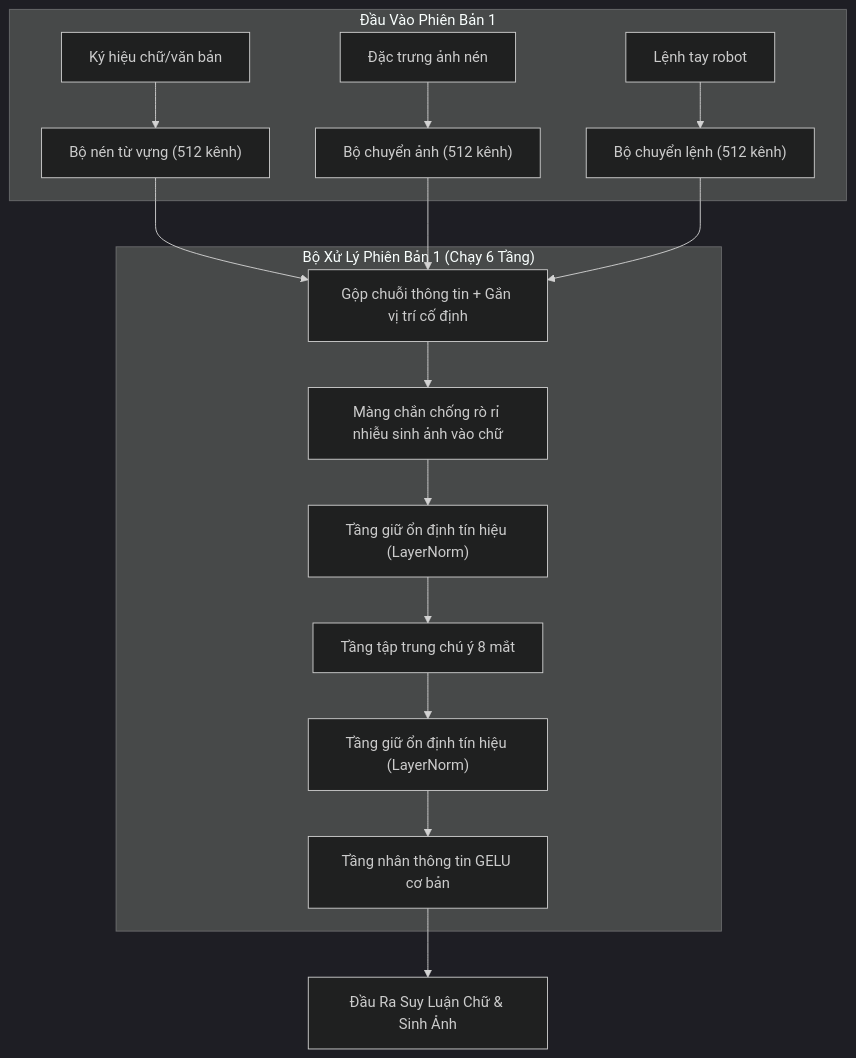
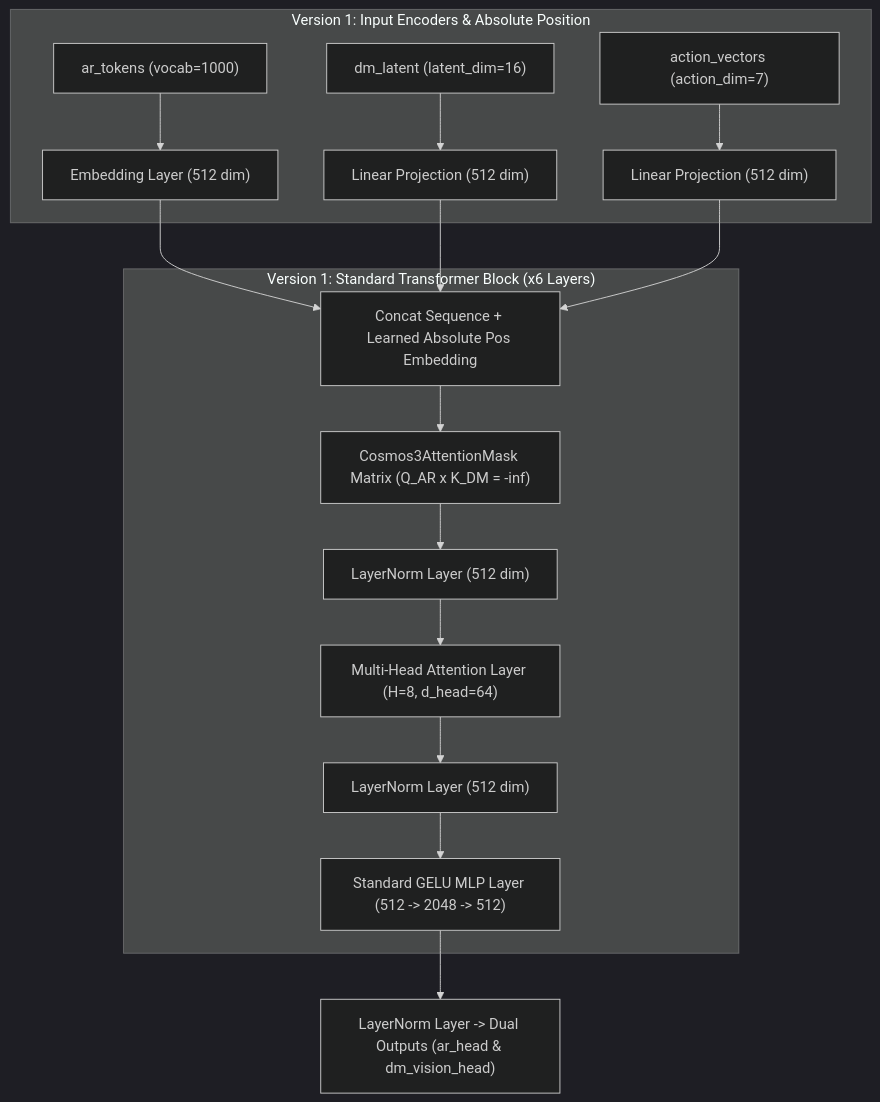
Before and after one commit to datascience180806/mini_cosmos: the second of 8 diagrams in VERSION_COMPARISON.md, drawn with Mermaid (dark theme). The commit also changed other lines of this file, not shown here.

Commit message:
Restore standard English AI/DL terms (Attention Layer, Embedding Layer, Transformer Block, SwiGLU FFN, RMSNorm, VRAM, Latency, Throughput) in report

````diff
--- a/VERSION_COMPARISON.md
+++ b/VERSION_COMPARISON.md
@@ -82,22 +82,22 @@
 ```mermaid
 flowchart TD
-    subgraph V1_INPUTS["Đầu Vào Phiên Bản 1"]
-        V1_AR["Ký hiệu chữ/văn bản"] --> V1_EMB["Bộ nén từ vựng (512 kênh)"]
-        V1_DM["Đặc trưng ảnh nén"] --> V1_PROJ["Bộ chuyển ảnh (512 kênh)"]
-        V1_ACT["Lệnh tay robot"] --> V1_ACT_PROJ["Bộ chuyển lệnh (512 kênh)"]
+    subgraph V1_INPUTS["Version 1: Input Encoders & Absolute Position"]
+        V1_AR["ar_tokens (vocab=1000)"] --> V1_EMB["Embedding Layer (512 dim)"]
+        V1_DM["dm_latent (latent_dim=16)"] --> V1_PROJ["Linear Projection (512 dim)"]
+        V1_ACT["action_vectors (action_dim=7)"] --> V1_ACT_PROJ["Linear Projection (512 dim)"]
     end
 
-    V1_EMB --> V1_CAT["Gộp chuỗi thông tin + Gắn vị trí cố định"]
+    V1_EMB --> V1_CAT["Concat Sequence + Learned Absolute Pos Embedding"]
     V1_PROJ --> V1_CAT
     V1_ACT_PROJ --> V1_CAT
 
-    subgraph V1_BLOCKS["Bộ Xử Lý Phiên Bản 1 (Chạy 6 Tầng)"]
-        V1_CAT --> V1_MASK["Màng chắn chống rò rỉ nhiễu sinh ảnh vào chữ"]
-        V1_MASK --> V1_LN1["Tầng giữ ổn định tín hiệu (LayerNorm)"]
-        V1_LN1 --> V1_MHA["Tầng tập trung chú ý 8 mắt"]
-        V1_MHA --> V1_LN2["Tầng giữ ổn định tín hiệu (LayerNorm)"]
-        V1_LN2 --> V1_GELU["Tầng nhân thông tin GELU cơ bản"]
+    subgraph V1_BLOCKS["Version 1: Standard Transformer Block (x6 Layers)"]
+        V1_CAT --> V1_MASK["Cosmos3AttentionMask Matrix (Q_AR x K_DM = -inf)"]
+        V1_MASK --> V1_LN1["LayerNorm Layer (512 dim)"]
+        V1_LN1 --> V1_MHA["Multi-Head Attention Layer (H=8, d_head=64)"]
+        V1_MHA --> V1_LN2["LayerNorm Layer (512 dim)"]
+        V1_LN2 --> V1_GELU["Standard GELU MLP Layer (512 -> 2048 -> 512)"]
     end
 
-    V1_GELU --> V1_OUT["Đầu Ra Suy Luận Chữ & Sinh Ảnh"]
+    V1_GELU --> V1_OUT["LayerNorm Layer -> Dual Outputs (ar_head & dm_vision_head)"]
 ```
````
